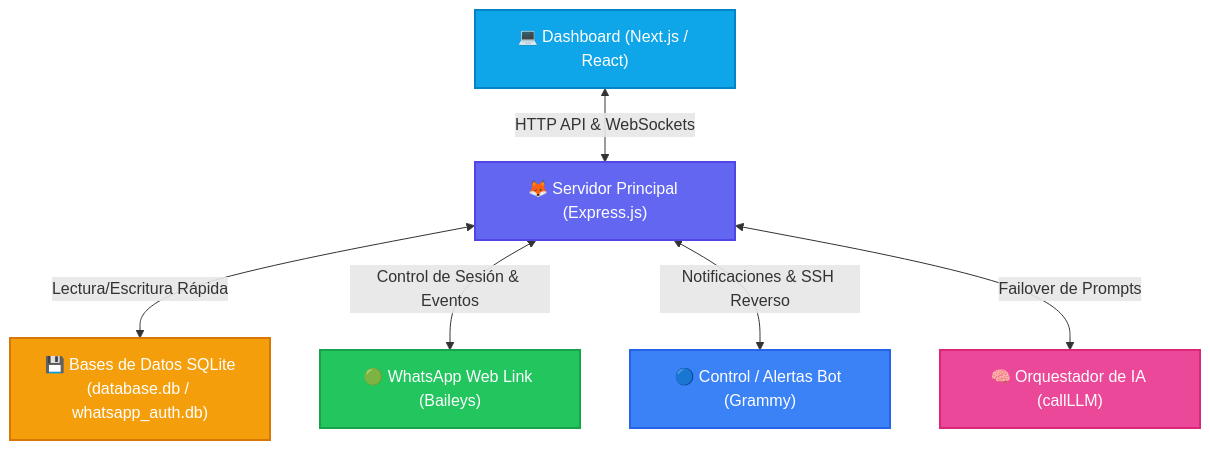
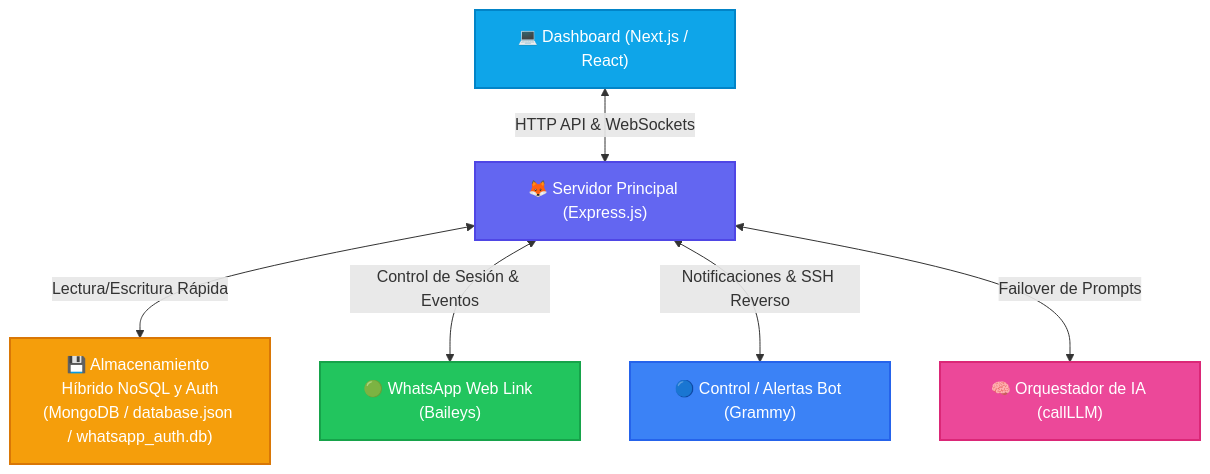
The first of 2 diagrams in README.md (LedezmaSune/BotMaRe), drawn with Mermaid before and after one commit. The commit also changed other lines of this file and 2 other files, not shown here.

````diff
--- a/README.md
+++ b/README.md
@@ -26,25 +26,25 @@
 ```mermaid
 graph TD
     %% Estilos de Nodos
     classDef frontend fill:#0ea5e9,stroke:#0284c7,stroke-width:2px,color:#fff;
     classDef backend fill:#6366f1,stroke:#4f46e5,stroke-width:2px,color:#fff;
     classDef database fill:#f59e0b,stroke:#d97706,stroke-width:2px,color:#fff;
     classDef wa fill:#22c55e,stroke:#16a34a,stroke-width:2px,color:#fff;
     classDef tg fill:#3b82f6,stroke:#2563eb,stroke-width:2px,color:#fff;
     classDef ai fill:#ec4899,stroke:#db2777,stroke-width:2px,color:#fff;
 
     %% Nodos
     UI["💻 Dashboard (Next.js / React)"]:::frontend
     SRV["🦊 Servidor Principal (Express.js)"]:::backend
-    DB["💾 Bases de Datos SQLite<br>(database.db / whatsapp_auth.db)"]:::database
+    DB["💾 Almacenamiento Híbrido NoSQL y Auth<br>(MongoDB / database.json / whatsapp_auth.db)"]:::database
     WA["🟢 WhatsApp Web Link (Baileys)"]:::wa
     TG["🔵 Control / Alertas Bot (Grammy)"]:::tg
     LLM["🧠 Orquestador de IA (callLLM)"]:::ai
 
     %% Conexiones
     UI <-->|HTTP API & WebSockets| SRV
     SRV <-->|Lectura/Escritura Rápida| DB
     SRV <-->|Control de Sesión & Eventos| WA
     SRV <-->|Notificaciones & SSH Reverso| TG
     SRV <-->|Failover de Prompts| LLM
 ```
````
